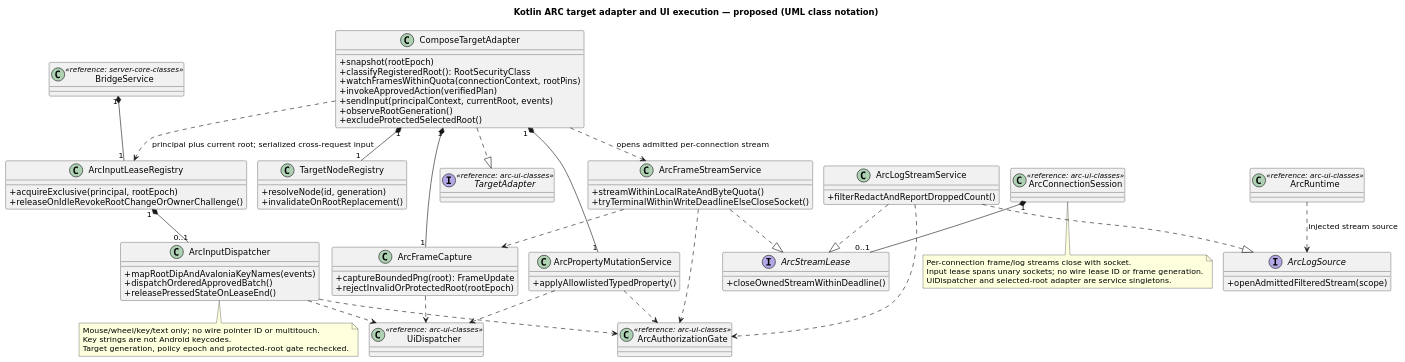
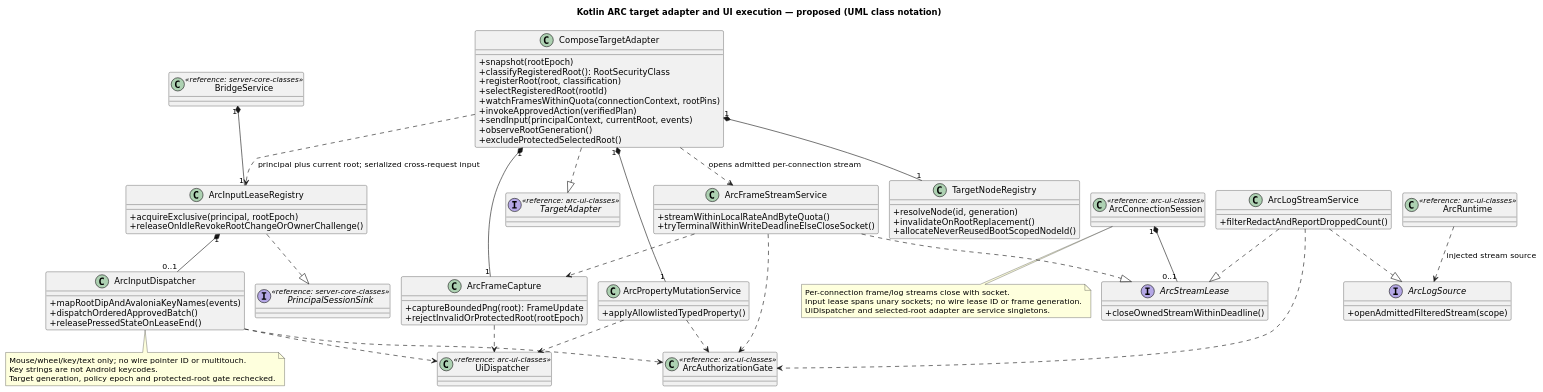
One commit to sharpninja/android-mcp changed the fifth of 6 diagrams in remediation/design-c4/architecture/code-diagrams.md. Above: the diagram before and after it, drawn with PlantUML. The commit also changed other lines of this file and 249 other files, not shown here.

```diff
--- a/remediation/design-c4/architecture/code-diagrams.md
+++ b/remediation/design-c4/architecture/code-diagrams.md
@@ -625,6 +685,8 @@
 class ComposeTargetAdapter {
   +snapshot(rootEpoch)
   +classifyRegisteredRoot(): RootSecurityClass
+  +registerRoot(root, classification)
+  +selectRegisteredRoot(rootId)
   +watchFramesWithinQuota(connectionContext, rootPins)
   +invokeApprovedAction(verifiedPlan)
   +sendInput(principalContext, currentRoot, events)
@@ -634,6 +696,7 @@
 class TargetNodeRegistry {
   +resolveNode(id, generation)
   +invalidateOnRootReplacement()
+  +allocateNeverReusedBootScopedNodeId()
 }
 class ArcFrameCapture {
   +captureBoundedPng(root): FrameUpdate
@@ -663,6 +726,8 @@
 }
 class BridgeService <<reference: server-core-classes>>
 BridgeService "1" *-- "1" ArcInputLeaseRegistry
+interface PrincipalSessionSink <<reference: server-core-classes>>
+ArcInputLeaseRegistry ..|> PrincipalSessionSink
 ArcInputLeaseRegistry "1" *-- "0..1" ArcInputDispatcher
 interface ArcStreamLease {
   +closeOwnedStreamWithinDeadline()
```
